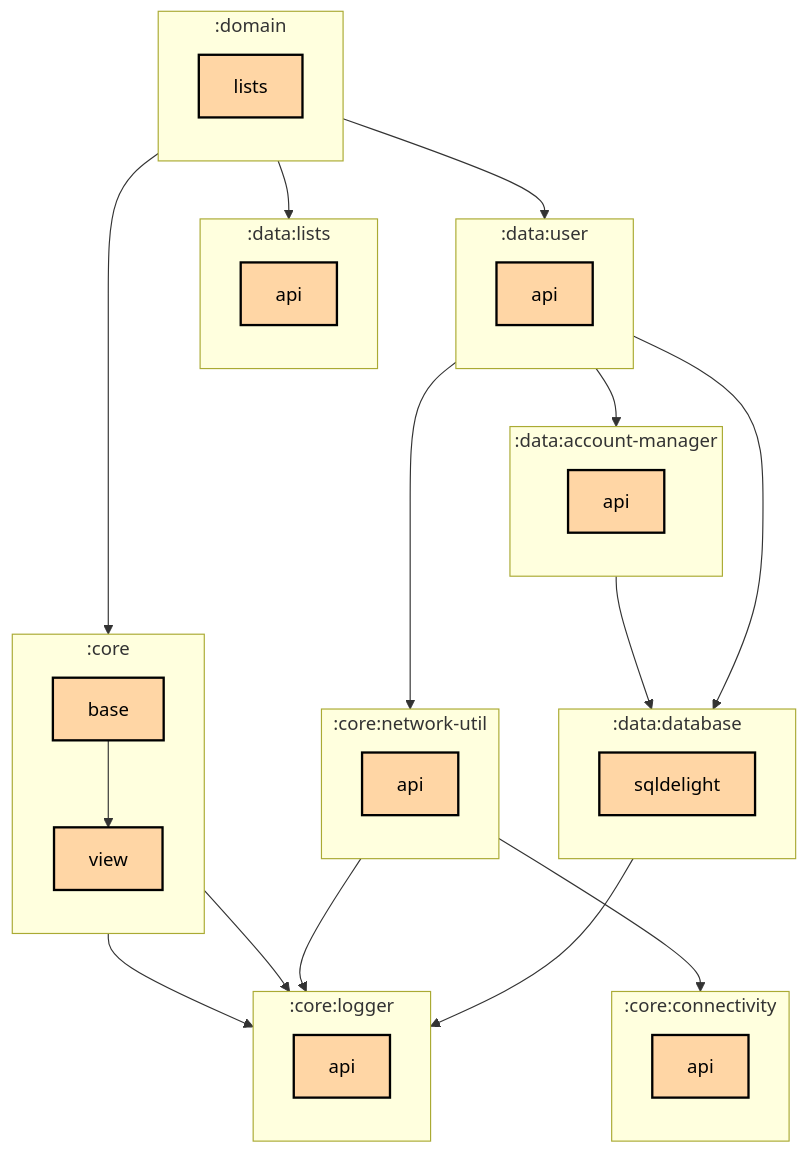
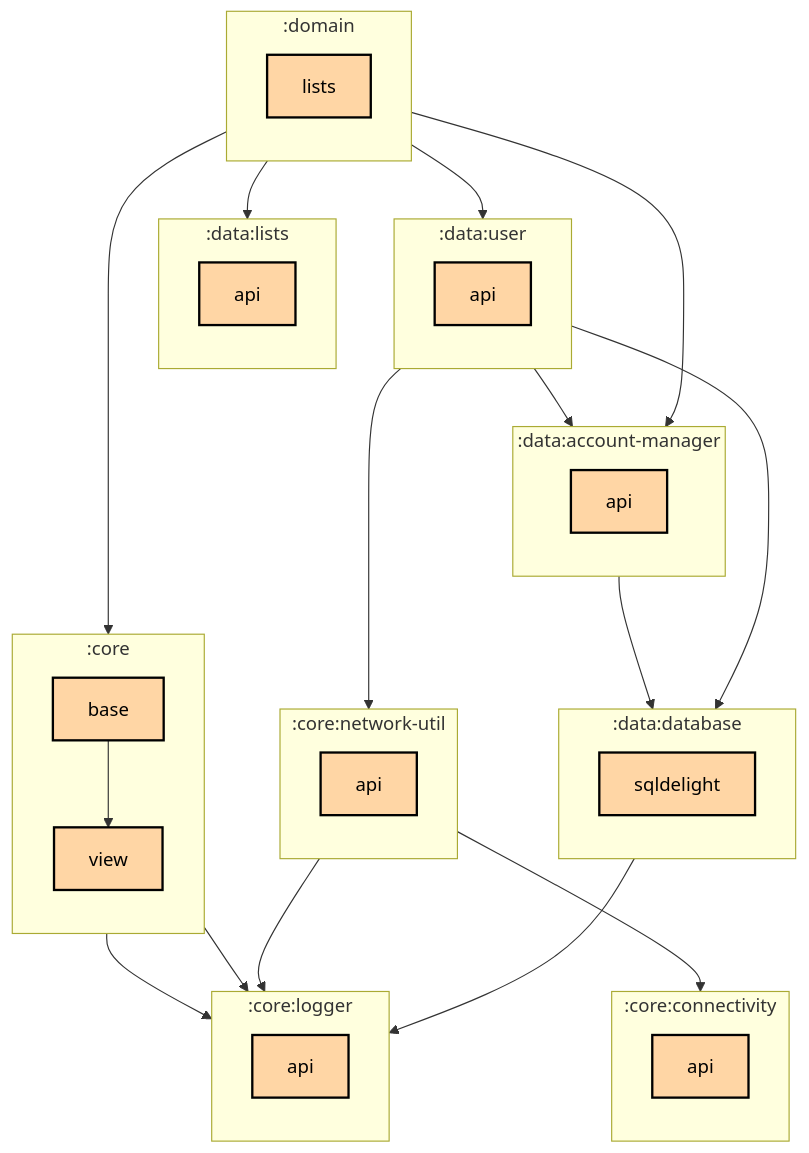
The first of 2 diagrams in domain/lists/README.md (thomaskioko/tv-maniac), drawn with Mermaid before and after one commit. The commit also changed 70 other files, not shown here.

````diff
--- a/domain/lists/README.md
+++ b/domain/lists/README.md
@@ -6,60 +6,61 @@
 ```mermaid
 graph TB
   subgraph :core
     direction TB
     :core:base[base]:::multiplatform
     :core:view[view]:::multiplatform
   end
   subgraph :core:connectivity
     direction TB
     :core:connectivity:api[api]:::multiplatform
   end
   subgraph :core:logger
     direction TB
     :core:logger:api[api]:::multiplatform
   end
   subgraph :core:network-util
     direction TB
     :core:network-util:api[api]:::multiplatform
   end
   subgraph :data:account-manager
     direction TB
     :data:account-manager:api[api]:::multiplatform
   end
   subgraph :data:database
     direction TB
     :data:database:sqldelight[sqldelight]:::multiplatform
   end
   subgraph :data:lists
     direction TB
     :data:lists:api[api]:::multiplatform
   end
   subgraph :data:user
     direction TB
     :data:user:api[api]:::multiplatform
   end
   subgraph :domain
     direction TB
     :domain:lists[lists]:::multiplatform
   end
 
   :core:base --> :core:logger:api
   :core:base --> :core:view
   :core:network-util:api --> :core:connectivity:api
   :core:network-util:api --> :core:logger:api
   :core:view --> :core:logger:api
   :data:account-manager:api --> :data:database:sqldelight
   :data:database:sqldelight --> :core:logger:api
   :data:user:api --> :core:network-util:api
   :data:user:api --> :data:account-manager:api
   :data:user:api --> :data:database:sqldelight
   :domain:lists --> :core:base
+  :domain:lists --> :data:account-manager:api
   :domain:lists --> :data:lists:api
   :domain:lists --> :data:user:api
 
 classDef application fill:#CAFFBF,stroke:#000,stroke-width:2px,color:#000;
 classDef multiplatform fill:#FFD6A5,stroke:#000,stroke-width:2px,color:#000;
 classDef android-library fill:#9BF6FF,stroke:#000,stroke-width:2px,color:#000;
 classDef jvm-library fill:#BDB2FF,stroke:#000,stroke-width:2px,color:#000;
 classDef unknown fill:#FFADAD,stroke:#000,stroke-width:2px,color:#000;
 ```
````
